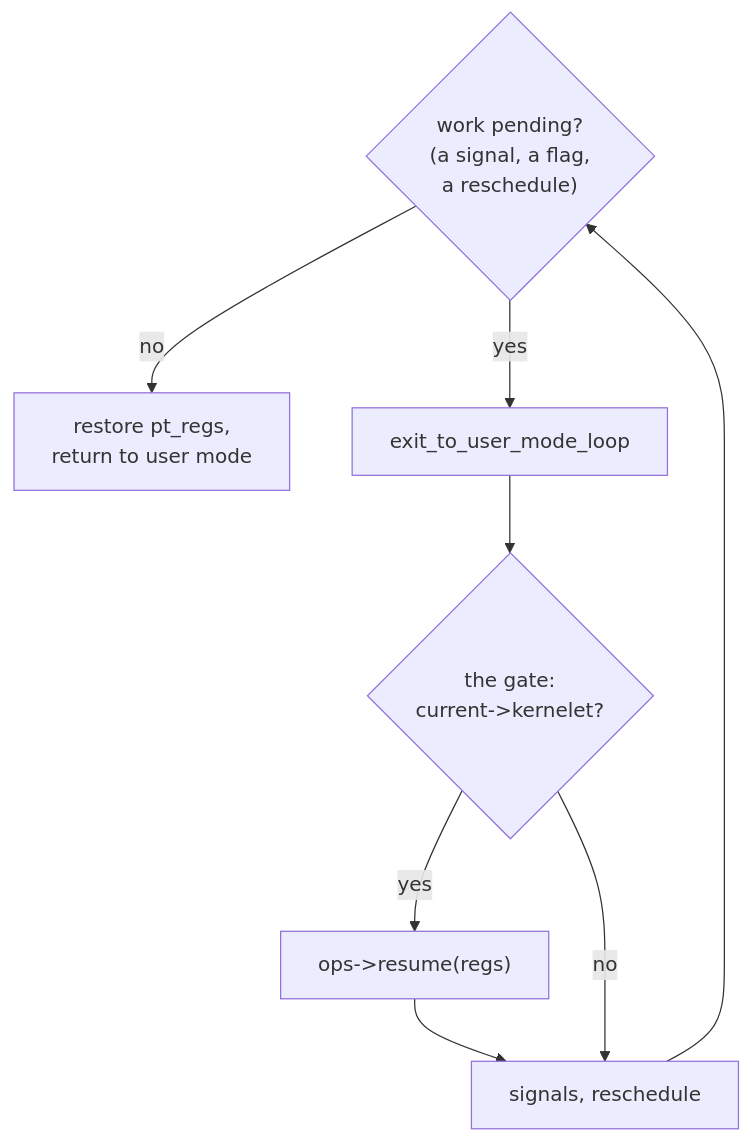
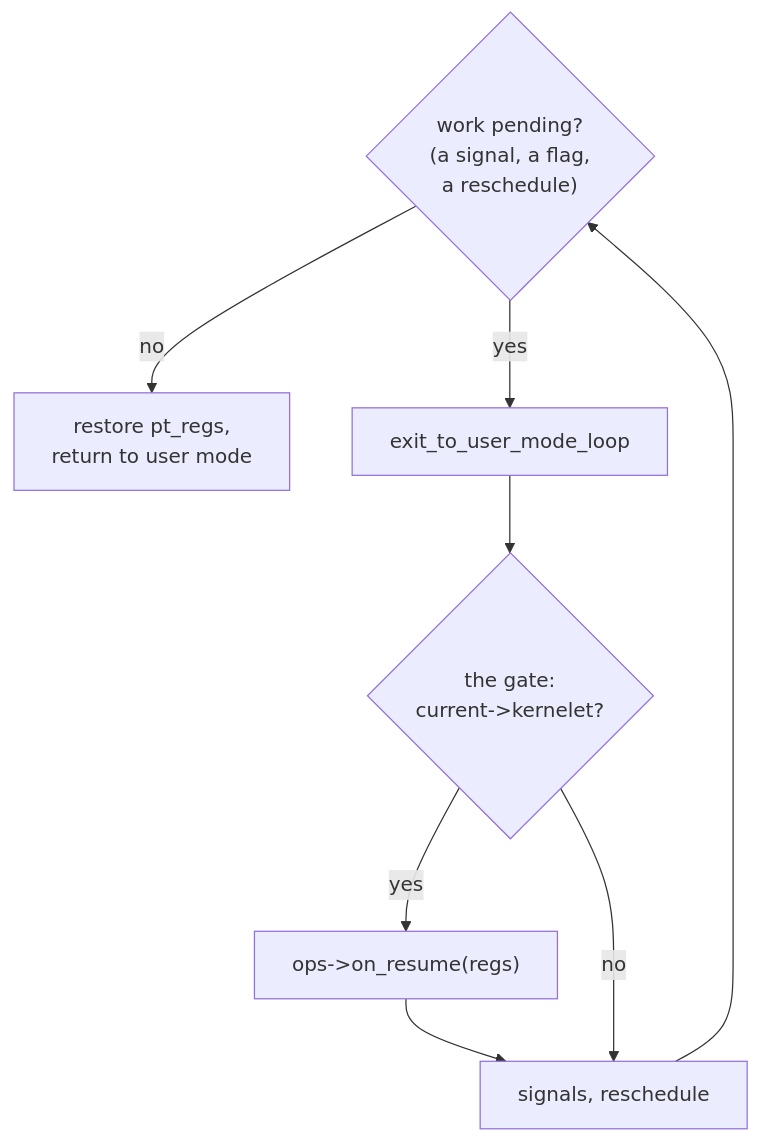
The second of 2 diagrams in src/the-gate.md (Plucky923/kernelet), drawn with Mermaid before and after one commit. The commit also changed other lines of this file and 3 other files, not shown here.

````diff
--- a/src/the-gate.md
+++ b/src/the-gate.md
@@ -43,10 +45,10 @@
 ```mermaid
 flowchart TB
     p{"work pending?<br/>(a signal, a flag,<br/>a reschedule)"} -- no --> back["restore pt_regs,<br/>return to user mode"]
     p -- yes --> loop[exit_to_user_mode_loop]
     loop --> r{"the gate:<br/>current->kernelet?"}
-    r -- yes --> h["ops->resume(regs)"]
+    r -- yes --> h["ops->on_resume(regs)"]
     h --> sig[signals, reschedule]
     r -- no --> sig
     sig --> p
 ```
````
